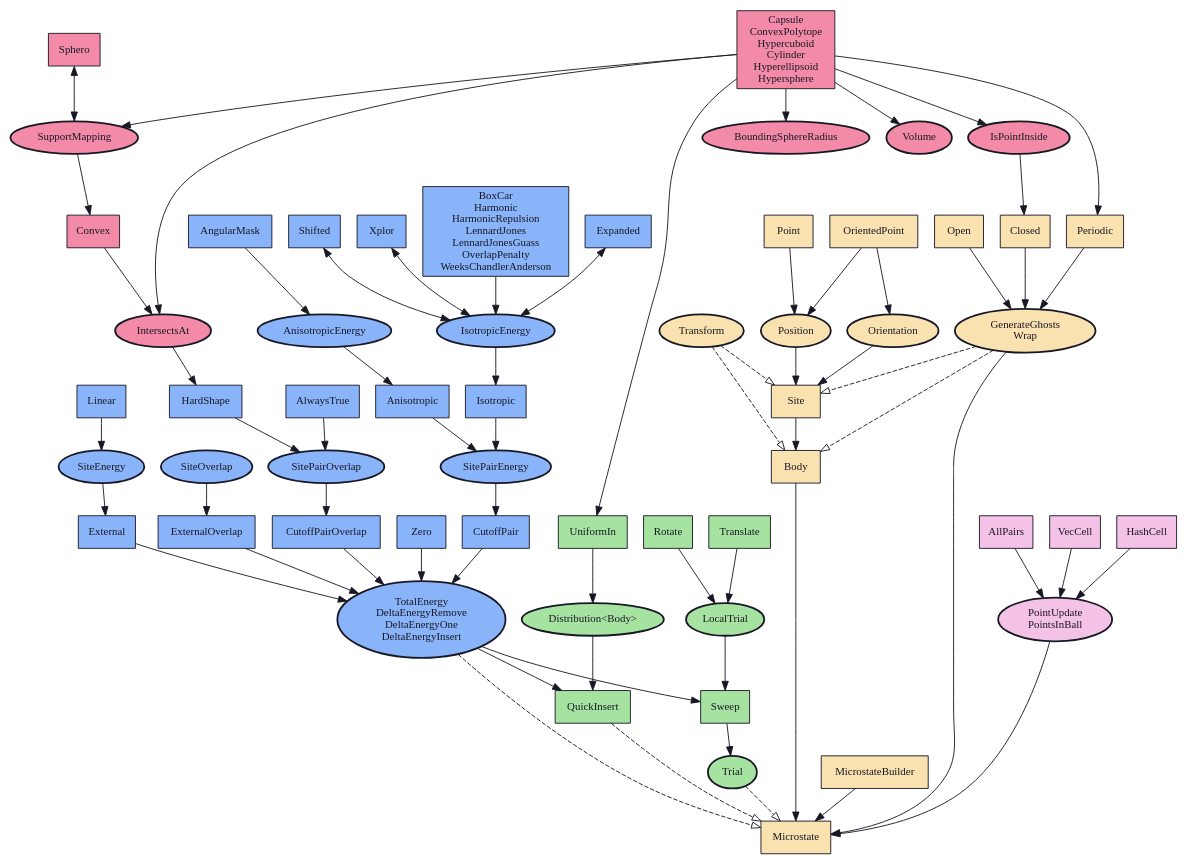
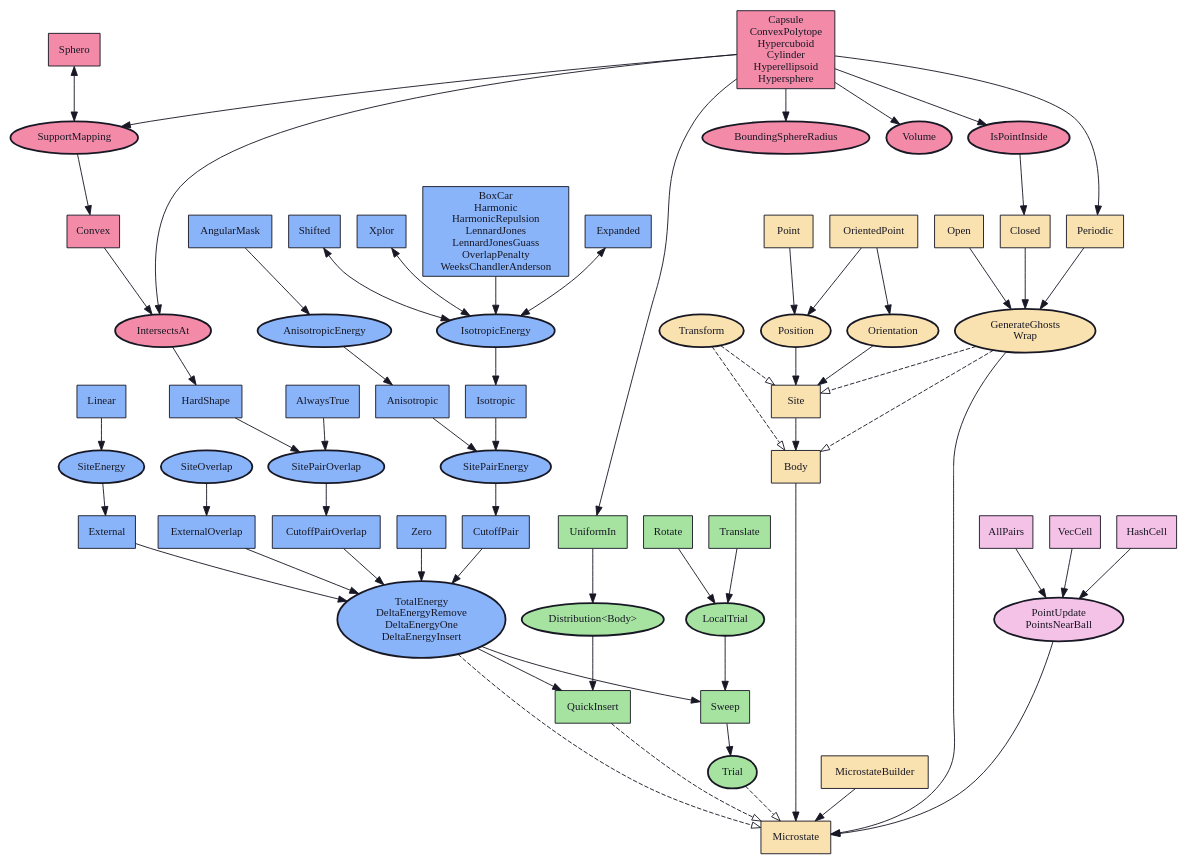
Before and after one commit to glotzerlab/hoomd-rs: the diagram in doc/figures/structure.dot, drawn with Graphviz. The commit also changed 16 other files, not shown here.

First line of the commit message:
PointsInBall -> PointsNearBall

```diff
--- a/doc/figures/structure.dot
+++ b/doc/figures/structure.dot
@@ -207,7 +207,7 @@
         // Traits
         node [ shape=ellipse, fillcolor="#f5c2e7", style="bold,filled,rounded"]
 
-        spatial [ label="PointUpdate\nPointsInBall" ]
+        spatial [ label="PointUpdate\nPointsNearBall" ]
 
         // Types and their relation to traits
         node [ shape=rectangle, fillcolor="#f5c2e7", style="filled"]
```
